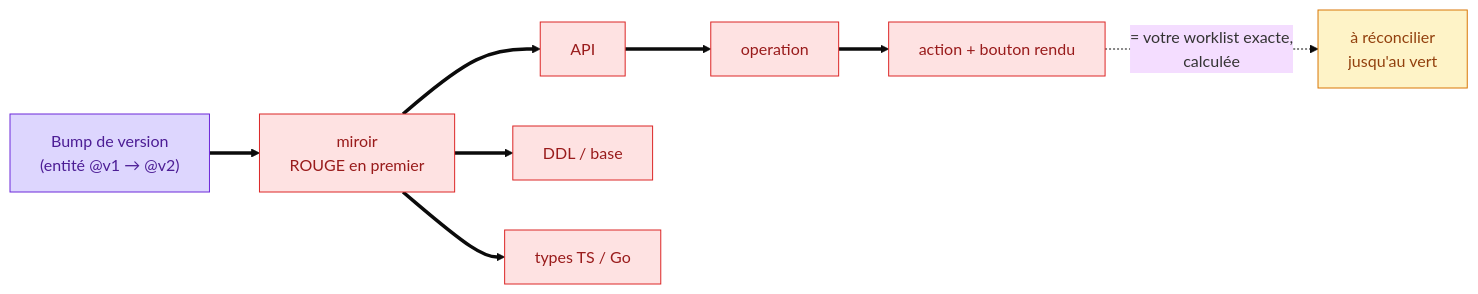
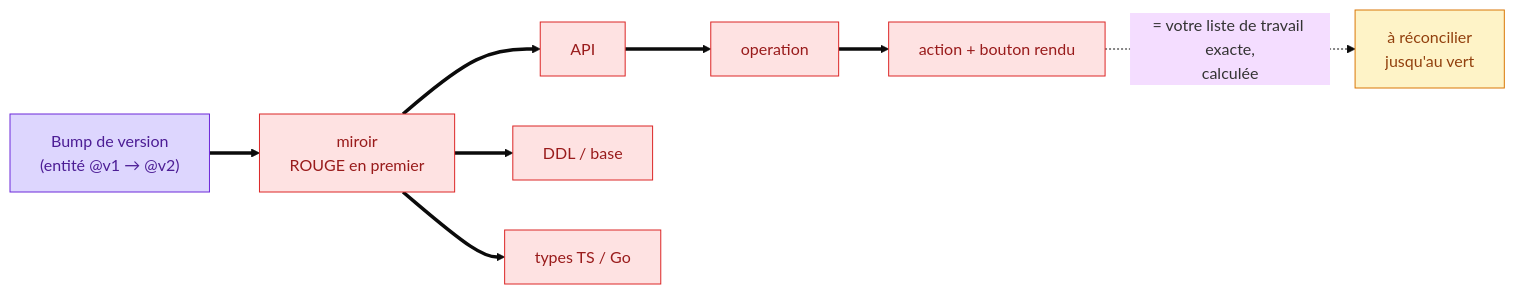
One commit to steph-frtech/docs changed the fifth of 8 diagrams in concepts/behavior-and-versioning.mdx. Above: the diagram before and after it, drawn with Mermaid (base theme). The commit also changed other lines of this file and 88 other files, not shown here.

````diff
--- a/concepts/behavior-and-versioning.mdx
+++ b/concepts/behavior-and-versioning.mdx
@@ -172,14 +172,14 @@
 ```mermaid
 flowchart LR
     bump["Bump de version<br/>(entité @v1 → @v2)"]:::bump
     bump ==> mir["miroir<br/>ROUGE en premier"]:::red
     mir ==> api["API"]:::red
     mir ==> db["DDL / base"]:::red
     mir ==> types["types TS / Go"]:::red
     api ==> op["operation"]:::red
     op ==> ui["action + bouton rendu"]:::red
-    ui -.->|"= votre worklist exacte,<br/>calculée"| done["à réconcilier<br/>jusqu'au vert"]:::work
+    ui -.->|"= votre liste de travail exacte,<br/>calculée"| done["à réconcilier<br/>jusqu'au vert"]:::work
     classDef bump fill:#DDD6FE,stroke:#6D28D9,color:#4C1D95
     classDef red fill:#FEE2E2,stroke:#DC2626,color:#991B1B
     classDef work fill:#FEF3C7,stroke:#D97706,color:#92400E
 ```
````
